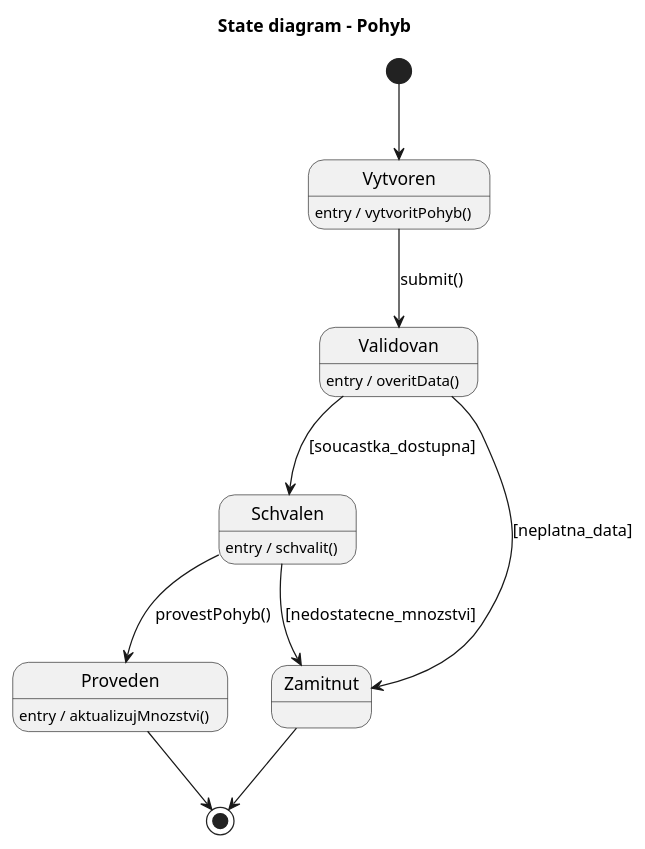
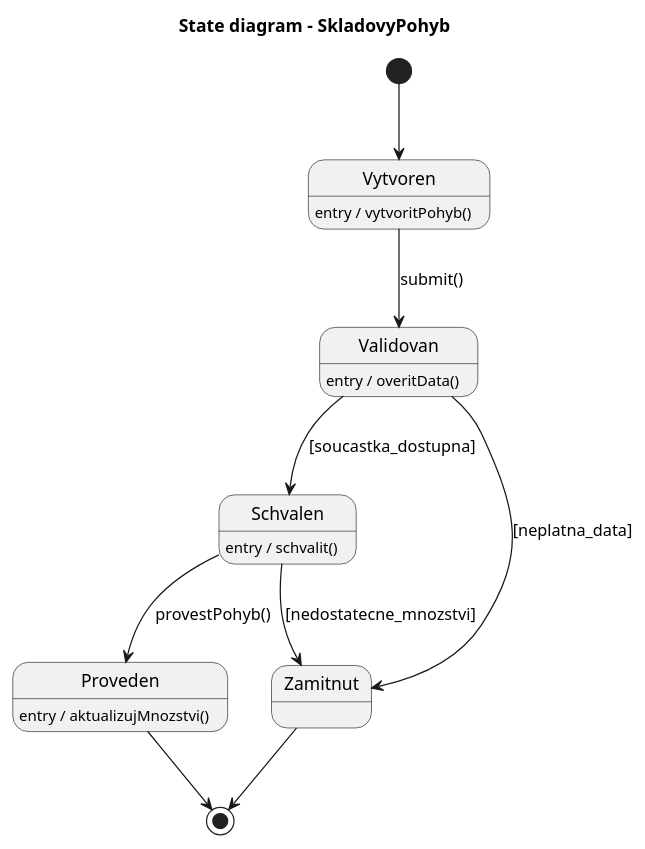
The diagram in diagrams/09_state_pohyb_skladu.puml (lkvapil/wms-elektronicke-soucastky), drawn with PlantUML before and after one commit. The commit also changed 4 other files, not shown here.

Commit message:
refactor: prejmenovana trida Pohyb na SkladovyPohyb

```diff
--- a/diagrams/09_state_pohyb_skladu.puml
+++ b/diagrams/09_state_pohyb_skladu.puml
@@ -1,22 +1,22 @@
 @startuml
-title State diagram - Pohyb
+title State diagram - SkladovyPohyb
 
 [*] --> Vytvoren
 
 Vytvoren : entry / vytvoritPohyb()
 Vytvoren --> Validovan : submit()
 
 Validovan : entry / overitData()
 Validovan --> Schvalen : [soucastka_dostupna]
 Validovan --> Zamitnut : [neplatna_data]
 
 Schvalen : entry / schvalit()
 Schvalen --> Proveden : provestPohyb()
 Schvalen --> Zamitnut : [nedostatecne_mnozstvi]
 
 Proveden : entry / aktualizujMnozstvi()
 
 Proveden --> [*]
 Zamitnut --> [*]
 
 @enduml
```
